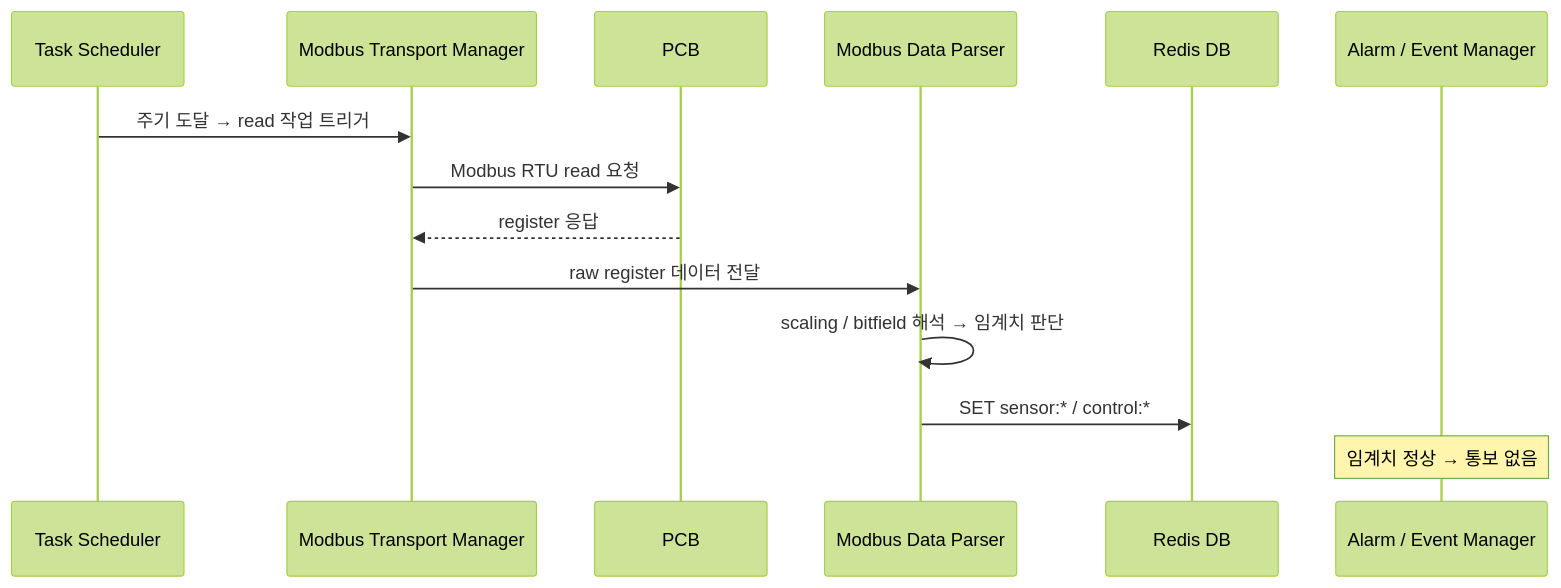
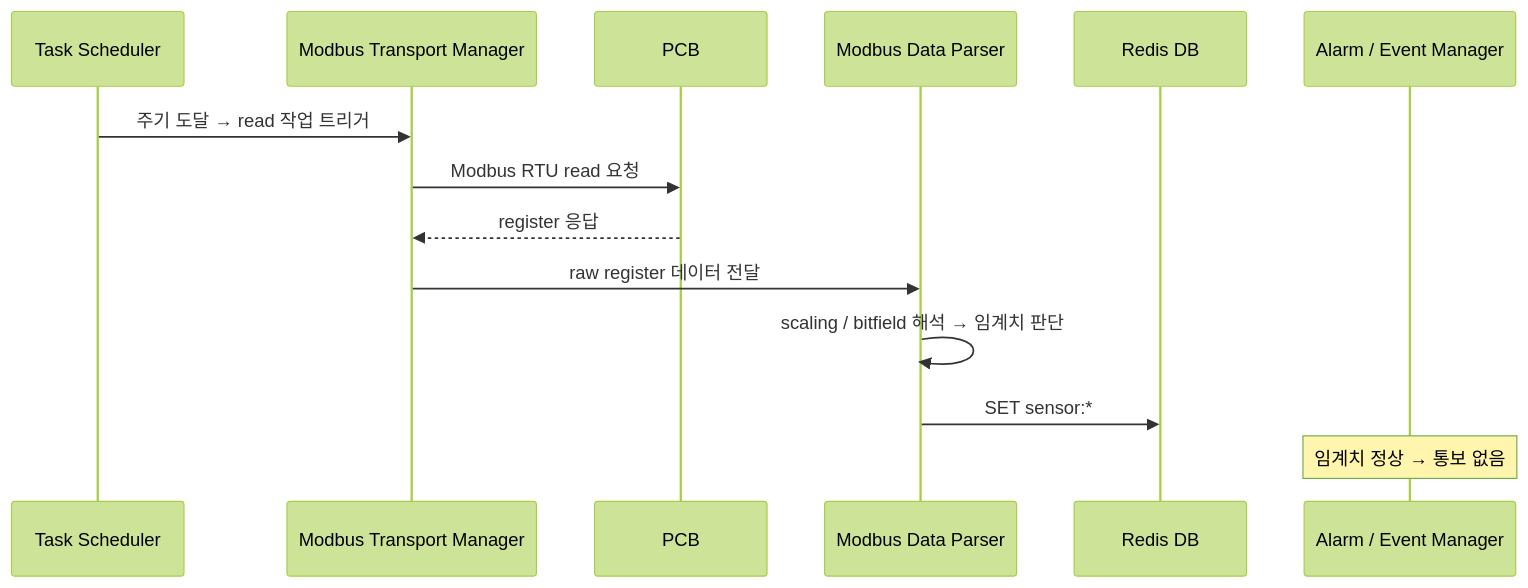
Before and after one commit to DEEPGadget/L2A_CDU_system: the first of 3 diagrams in docs/PCG.md, drawn with Mermaid (forest theme). The commit also changed 3 other files, not shown here.

````diff
--- a/docs/PCG.md
+++ b/docs/PCG.md
@@ -122,17 +122,17 @@
 ```mermaid
 sequenceDiagram
     participant PS as Task Scheduler
     participant MTM as Modbus Transport Manager
     participant PCB as PCB
     participant MDP as Modbus Data Parser
     participant Redis as Redis DB
     participant AEM as Alarm / Event Manager
 
     PS->>MTM: 주기 도달 → read 작업 트리거
     MTM->>PCB: Modbus RTU read 요청
     PCB-->>MTM: register 응답
     MTM->>MDP: raw register 데이터 전달
     MDP->>MDP: scaling / bitfield 해석 → 임계치 판단
-    MDP->>Redis: SET sensor:* / control:*
+    MDP->>Redis: SET sensor:*
     Note over AEM: 임계치 정상 → 통보 없음
 ```
````
